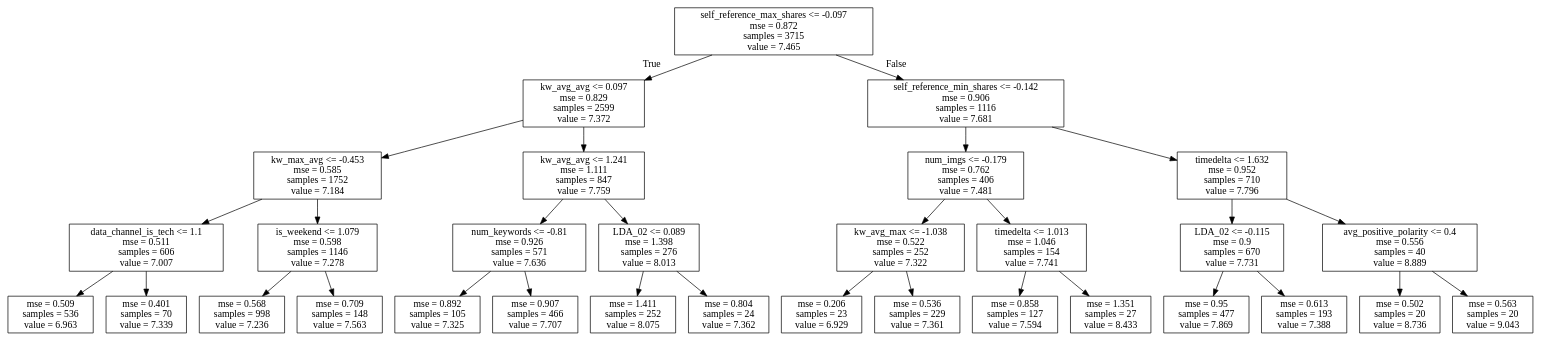
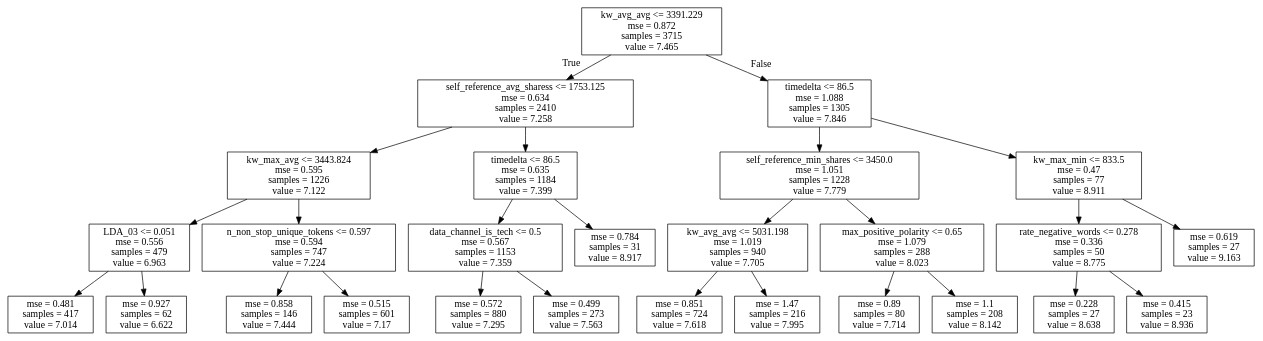
Before and after one commit to Oleg-Storozhev/AI_Univercity: the diagram in AI/Lesson 3/tree.dot, drawn with Graphviz. The commit also changed 2 other files, not shown here.

```diff
--- a/AI/Lesson 3/tree.dot
+++ b/AI/Lesson 3/tree.dot
@@ -1,64 +1,56 @@
 digraph Tree {
 node [shape=box] ;
-0 [label="self_reference_max_shares <= -0.097\nmse = 0.872\nsamples = 3715\nvalue = 7.465"] ;
-1 [label="kw_avg_avg <= 0.097\nmse = 0.829\nsamples = 2599\nvalue = 7.372"] ;
+0 [label="kw_avg_avg <= 3391.229\nmse = 0.872\nsamples = 3715\nvalue = 7.465"] ;
+1 [label="self_reference_avg_sharess <= 1753.125\nmse = 0.634\nsamples = 2410\nvalue = 7.258"] ;
 0 -> 1 [labeldistance=2.5, labelangle=45, headlabel="True"] ;
-2 [label="kw_max_avg <= -0.453\nmse = 0.585\nsamples = 1752\nvalue = 7.184"] ;
+2 [label="kw_max_avg <= 3443.824\nmse = 0.595\nsamples = 1226\nvalue = 7.122"] ;
 1 -> 2 ;
-3 [label="data_channel_is_tech <= 1.1\nmse = 0.511\nsamples = 606\nvalue = 7.007"] ;
+3 [label="LDA_03 <= 0.051\nmse = 0.556\nsamples = 479\nvalue = 6.963"] ;
 2 -> 3 ;
-4 [label="mse = 0.509\nsamples = 536\nvalue = 6.963"] ;
+4 [label="mse = 0.481\nsamples = 417\nvalue = 7.014"] ;
 3 -> 4 ;
-5 [label="mse = 0.401\nsamples = 70\nvalue = 7.339"] ;
+5 [label="mse = 0.927\nsamples = 62\nvalue = 6.622"] ;
 3 -> 5 ;
-6 [label="is_weekend <= 1.079\nmse = 0.598\nsamples = 1146\nvalue = 7.278"] ;
+6 [label="n_non_stop_unique_tokens <= 0.597\nmse = 0.594\nsamples = 747\nvalue = 7.224"] ;
 2 -> 6 ;
-7 [label="mse = 0.568\nsamples = 998\nvalue = 7.236"] ;
+7 [label="mse = 0.858\nsamples = 146\nvalue = 7.444"] ;
 6 -> 7 ;
-8 [label="mse = 0.709\nsamples = 148\nvalue = 7.563"] ;
+8 [label="mse = 0.515\nsamples = 601\nvalue = 7.17"] ;
 6 -> 8 ;
-9 [label="kw_avg_avg <= 1.241\nmse = 1.111\nsamples = 847\nvalue = 7.759"] ;
+9 [label="timedelta <= 86.5\nmse = 0.635\nsamples = 1184\nvalue = 7.399"] ;
 1 -> 9 ;
-10 [label="num_keywords <= -0.81\nmse = 0.926\nsamples = 571\nvalue = 7.636"] ;
+10 [label="data_channel_is_tech <= 0.5\nmse = 0.567\nsamples = 1153\nvalue = 7.359"] ;
 9 -> 10 ;
-11 [label="mse = 0.892\nsamples = 105\nvalue = 7.325"] ;
+11 [label="mse = 0.572\nsamples = 880\nvalue = 7.295"] ;
 10 -> 11 ;
-12 [label="mse = 0.907\nsamples = 466\nvalue = 7.707"] ;
+12 [label="mse = 0.499\nsamples = 273\nvalue = 7.563"] ;
 10 -> 12 ;
-13 [label="LDA_02 <= 0.089\nmse = 1.398\nsamples = 276\nvalue = 8.013"] ;
+13 [label="mse = 0.784\nsamples = 31\nvalue = 8.917"] ;
 9 -> 13 ;
-14 [label="mse = 1.411\nsamples = 252\nvalue = 8.075"] ;
-13 -> 14 ;
-15 [label="mse = 0.804\nsamples = 24\nvalue = 7.362"] ;
-13 -> 15 ;
-16 [label="self_reference_min_shares <= -0.142\nmse = 0.906\nsamples = 1116\nvalue = 7.681"] ;
-0 -> 16 [labeldistance=2.5, labelangle=-45, headlabel="False"] ;
-17 [label="num_imgs <= -0.179\nmse = 0.762\nsamples = 406\nvalue = 7.481"] ;
+14 [label="timedelta <= 86.5\nmse = 1.088\nsamples = 1305\nvalue = 7.846"] ;
+0 -> 14 [labeldistance=2.5, labelangle=-45, headlabel="False"] ;
+15 [label="self_reference_min_shares <= 3450.0\nmse = 1.051\nsamples = 1228\nvalue = 7.779"] ;
+14 -> 15 ;
+16 [label="kw_avg_avg <= 5031.198\nmse = 1.019\nsamples = 940\nvalue = 7.705"] ;
+15 -> 16 ;
+17 [label="mse = 0.851\nsamples = 724\nvalue = 7.618"] ;
 16 -> 17 ;
-18 [label="kw_avg_max <= -1.038\nmse = 0.522\nsamples = 252\nvalue = 7.322"] ;
-17 -> 18 ;
-19 [label="mse = 0.206\nsamples = 23\nvalue = 6.929"] ;
-18 -> 19 ;
-20 [label="mse = 0.536\nsamples = 229\nvalue = 7.361"] ;
-18 -> 20 ;
-21 [label="timedelta <= 1.013\nmse = 1.046\nsamples = 154\nvalue = 7.741"] ;
-17 -> 21 ;
-22 [label="mse = 0.858\nsamples = 127\nvalue = 7.594"] ;
-21 -> 22 ;
-23 [label="mse = 1.351\nsamples = 27\nvalue = 8.433"] ;
-21 -> 23 ;
-24 [label="timedelta <= 1.632\nmse = 0.952\nsamples = 710\nvalue = 7.796"] ;
-16 -> 24 ;
-25 [label="LDA_02 <= -0.115\nmse = 0.9\nsamples = 670\nvalue = 7.731"] ;
-24 -> 25 ;
-26 [label="mse = 0.95\nsamples = 477\nvalue = 7.869"] ;
-25 -> 26 ;
-27 [label="mse = 0.613\nsamples = 193\nvalue = 7.388"] ;
-25 -> 27 ;
-28 [label="avg_positive_polarity <= 0.4\nmse = 0.556\nsamples = 40\nvalue = 8.889"] ;
-24 -> 28 ;
-29 [label="mse = 0.502\nsamples = 20\nvalue = 8.736"] ;
-28 -> 29 ;
-30 [label="mse = 0.563\nsamples = 20\nvalue = 9.043"] ;
-28 -> 30 ;
+18 [label="mse = 1.47\nsamples = 216\nvalue = 7.995"] ;
+16 -> 18 ;
+19 [label="max_positive_polarity <= 0.65\nmse = 1.079\nsamples = 288\nvalue = 8.023"] ;
+15 -> 19 ;
+20 [label="mse = 0.89\nsamples = 80\nvalue = 7.714"] ;
+19 -> 20 ;
+21 [label="mse = 1.1\nsamples = 208\nvalue = 8.142"] ;
+19 -> 21 ;
+22 [label="kw_max_min <= 833.5\nmse = 0.47\nsamples = 77\nvalue = 8.911"] ;
+14 -> 22 ;
+23 [label="rate_negative_words <= 0.278\nmse = 0.336\nsamples = 50\nvalue = 8.775"] ;
+22 -> 23 ;
+24 [label="mse = 0.228\nsamples = 27\nvalue = 8.638"] ;
+23 -> 24 ;
+25 [label="mse = 0.415\nsamples = 23\nvalue = 8.936"] ;
+23 -> 25 ;
+26 [label="mse = 0.619\nsamples = 27\nvalue = 9.163"] ;
+22 -> 26 ;
 }
```
